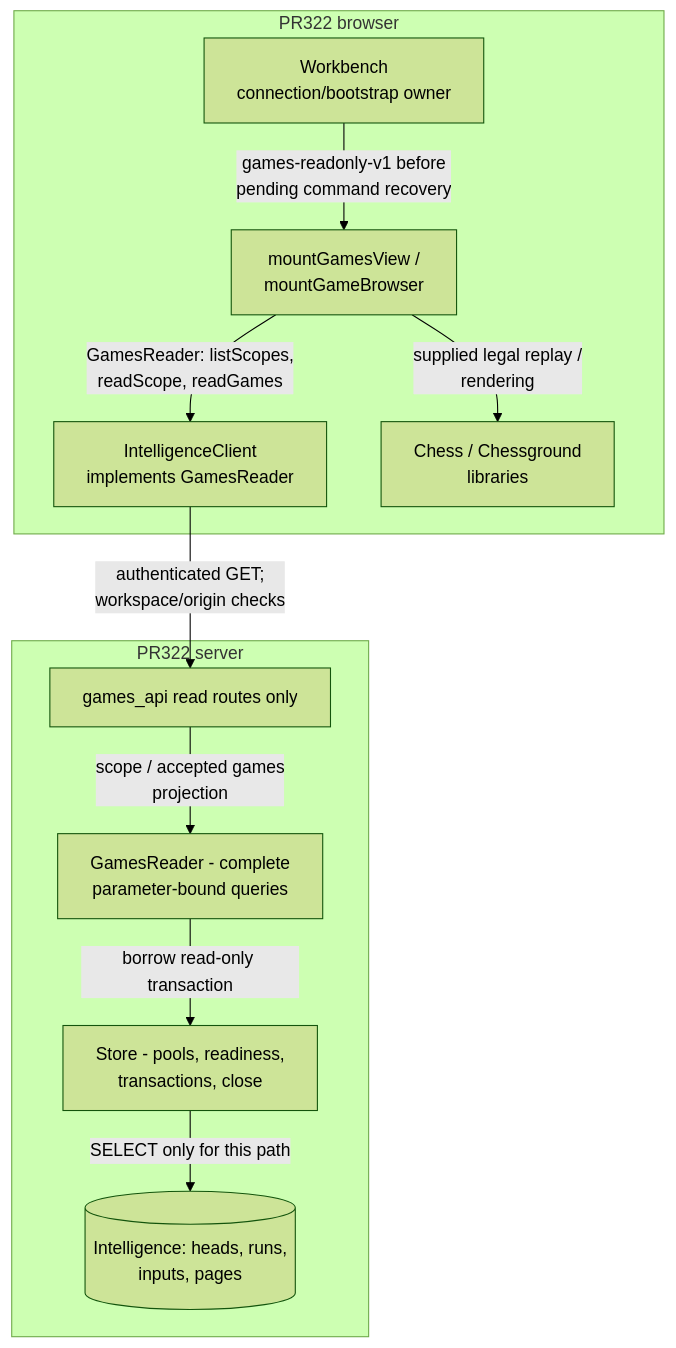
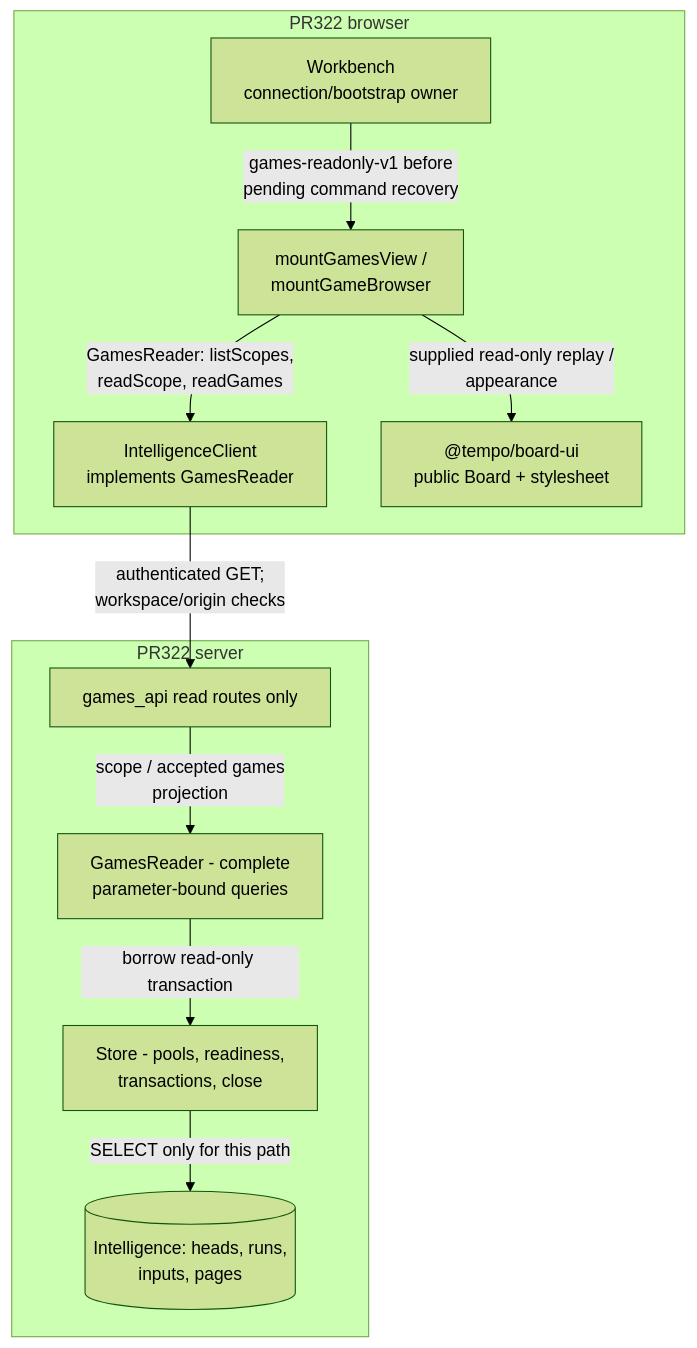
One commit to aaweaver-actuary/tempo changed the first of 2 diagrams in apps/workbench-web/README.md. Above: the diagram before and after it, drawn with Mermaid (forest theme). The commit also changed other lines of this file and 125 other files, not shown here.

Commit message:
Use one shared chessboard renderer and appearance across Tempo

````diff
--- a/apps/workbench-web/README.md
+++ b/apps/workbench-web/README.md
@@ -76,14 +80,14 @@
 ```mermaid
 flowchart TB
   subgraph Browser["PR322 browser"]
     Composition["Workbench<br/>connection/bootstrap owner"] -->|"games-readonly-v1 before<br/>pending command recovery"| View["mountGamesView /<br/>mountGameBrowser"]
     View -->|"GamesReader: listScopes,<br/>readScope, readGames"| Client["IntelligenceClient<br/>implements GamesReader"]
-    View -->|"supplied legal replay /<br/>rendering"| Board["Chess / Chessground<br/>libraries"]
+    View -->|"supplied read-only replay /<br/>appearance"| Board["@tempo/board-ui<br/>public Board + stylesheet"]
   end
   subgraph Server["PR322 server"]
     Client -->|"authenticated GET;<br/>workspace/origin checks"| API["games_api read routes only"]
     API -->|"scope / accepted games<br/>projection"| Reader["GamesReader - complete<br/>parameter-bound queries"]
     Reader -->|"borrow read-only transaction"| Store["Store - pools, readiness,<br/>transactions, close"]
     Store -->|"SELECT only for this path"| Data[("Intelligence: heads, runs,<br/>inputs, pages")]
   end
 ```
````
